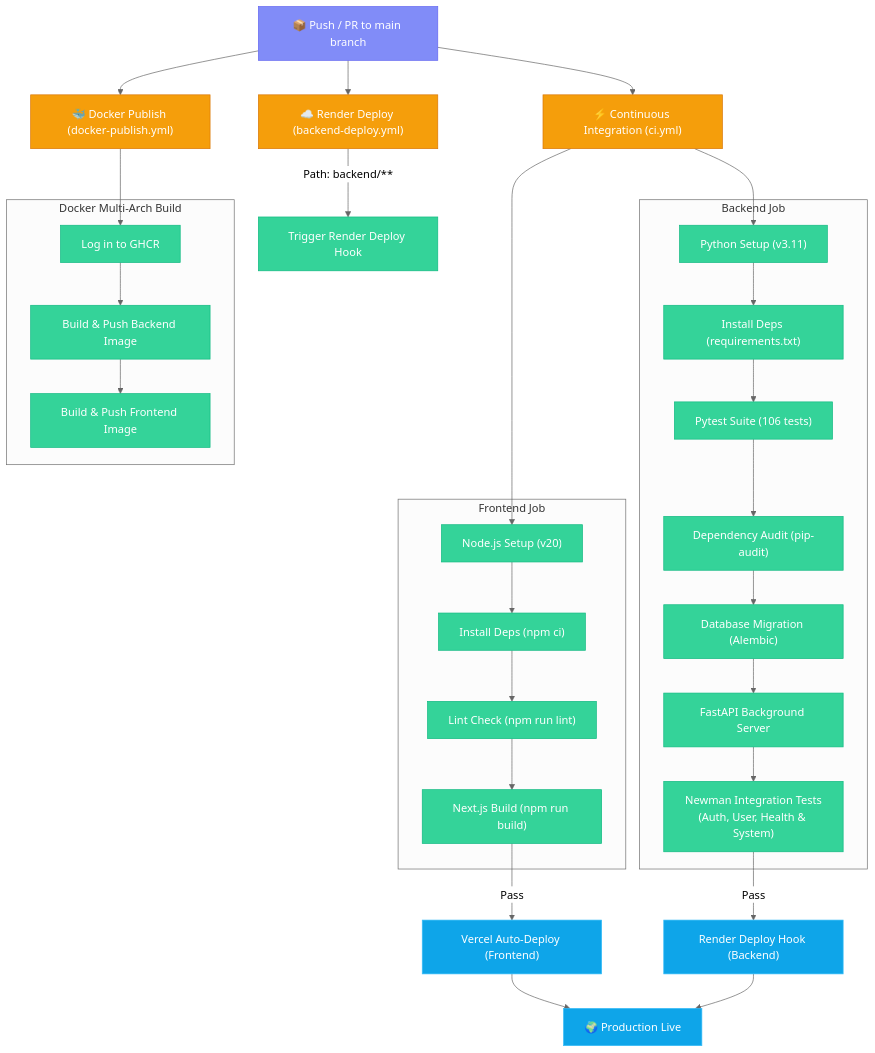
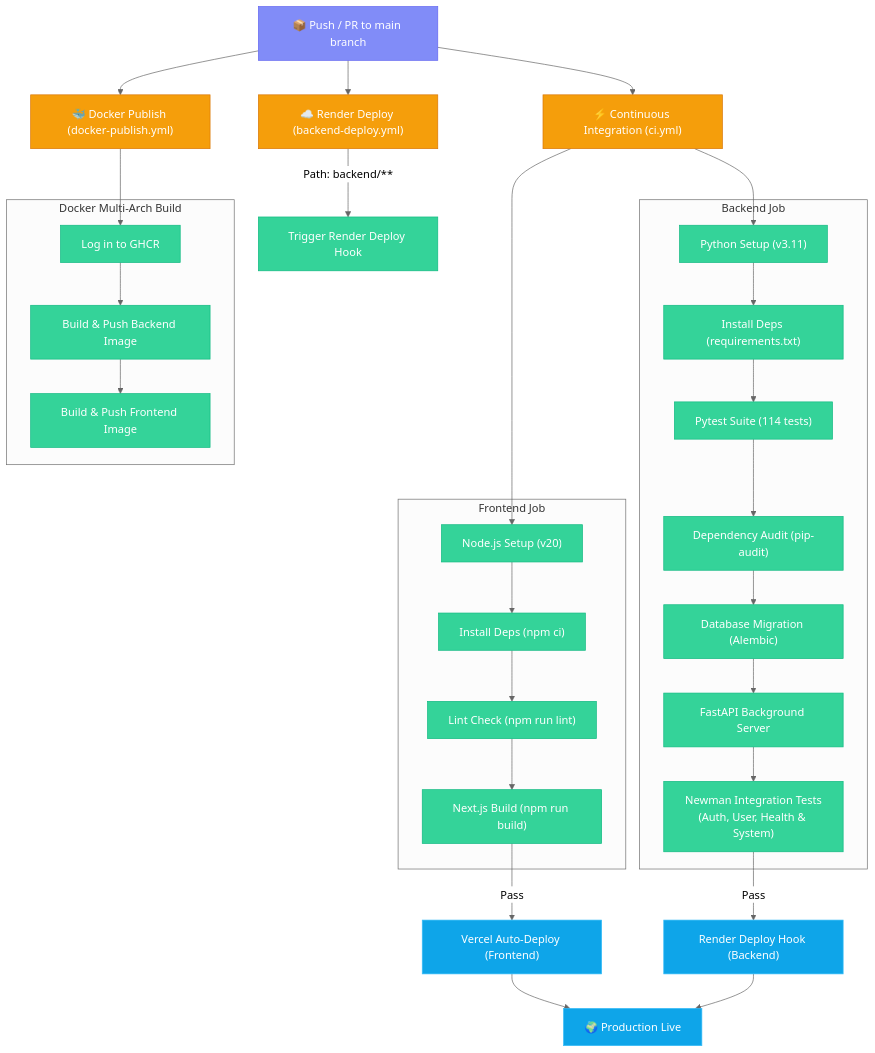
Before and after one commit to Anil-Pradhan-web/ai-career-mentor: diagram 33 of 34 in documentation/ARCHITECTURE.md, drawn with Mermaid (neutral theme). The commit also changed other lines of this file and 2 other files, not shown here.

Commit message:
docs: update workflow count to 7 and test suite count to 114 passed tests

````diff
--- a/documentation/ARCHITECTURE.md
+++ b/documentation/ARCHITECTURE.md
@@ -1960,63 +1962,63 @@
 ```mermaid
 flowchart TD
     classDef trigger fill:#818cf8,color:#fff,stroke:#6366f1
     classDef job fill:#f59e0b,color:#fff,stroke:#d97706
     classDef step fill:#34d399,color:#fff,stroke:#10b981
     classDef deploy fill:#0ea5e9,color:#fff,stroke:#38bdf8
     classDef fail fill:#ef4444,color:#fff,stroke:#dc2626
 
     TRIGGER["📦 Push / PR to main branch"]
 
     %% Workflow 1: CI Pipeline
     TRIGGER --> CI_JOB["⚡ Continuous Integration (ci.yml)"]
     
     subgraph FE_SUB["Frontend Job"]
         F1["Node.js Setup (v20)"]
         F2["Install Deps (npm ci)"]
         F3["Lint Check (npm run lint)"]
         F4["Next.js Build (npm run build)"]
         F1 --> F2 --> F3 --> F4
     end
     
     subgraph BE_SUB["Backend Job"]
         B1["Python Setup (v3.11)"]
         B2["Install Deps (requirements.txt)"]
-        B3["Pytest Suite (106 tests)"]
+        B3["Pytest Suite (114 tests)"]
         B4["Dependency Audit (pip-audit)"]
         B5["Database Migration (Alembic)"]
         B6["FastAPI Background Server"]
         B7["Newman Integration Tests<br/>(Auth, User, Health & System)"]
         B1 --> B2 --> B3 --> B4 --> B5 --> B6 --> B7
     end
     
     CI_JOB --> F1
     CI_JOB --> B1
 
     %% Workflow 2: Docker Publish
     TRIGGER --> DOCKER_JOB["🐳 Docker Publish (docker-publish.yml)"]
     subgraph DOCKER_SUB["Docker Multi-Arch Build"]
         D1["Log in to GHCR"]
         D2["Build & Push Backend Image"]
         D3["Build & Push Frontend Image"]
         D1 --> D2 --> D3
     end
     DOCKER_JOB --> D1
 
     %% Workflow 3: Render Deploy
     TRIGGER --> DEPLOY_JOB["☁️ Render Deploy (backend-deploy.yml)"]
     DEPLOY_JOB -->|"Path: backend/**"| R1["Trigger Render Deploy Hook"]
 
     %% Deployments
     F4 -->|"Pass"| VERCEL["Vercel Auto-Deploy (Frontend)"]
     B7 -->|"Pass"| RENDER["Render Deploy Hook (Backend)"]
     
     VERCEL & RENDER --> PROD["🌍 Production Live"]
 
     class TRIGGER trigger
     class CI_JOB,DOCKER_JOB,DEPLOY_JOB job
     class F1,F2,F3,F4 step
     class B1,B2,B3,B4,B5,B6,B7 step
     class D1,D2,D3 step
     class R1 step
     class VERCEL,RENDER,PROD deploy
 ```
````
